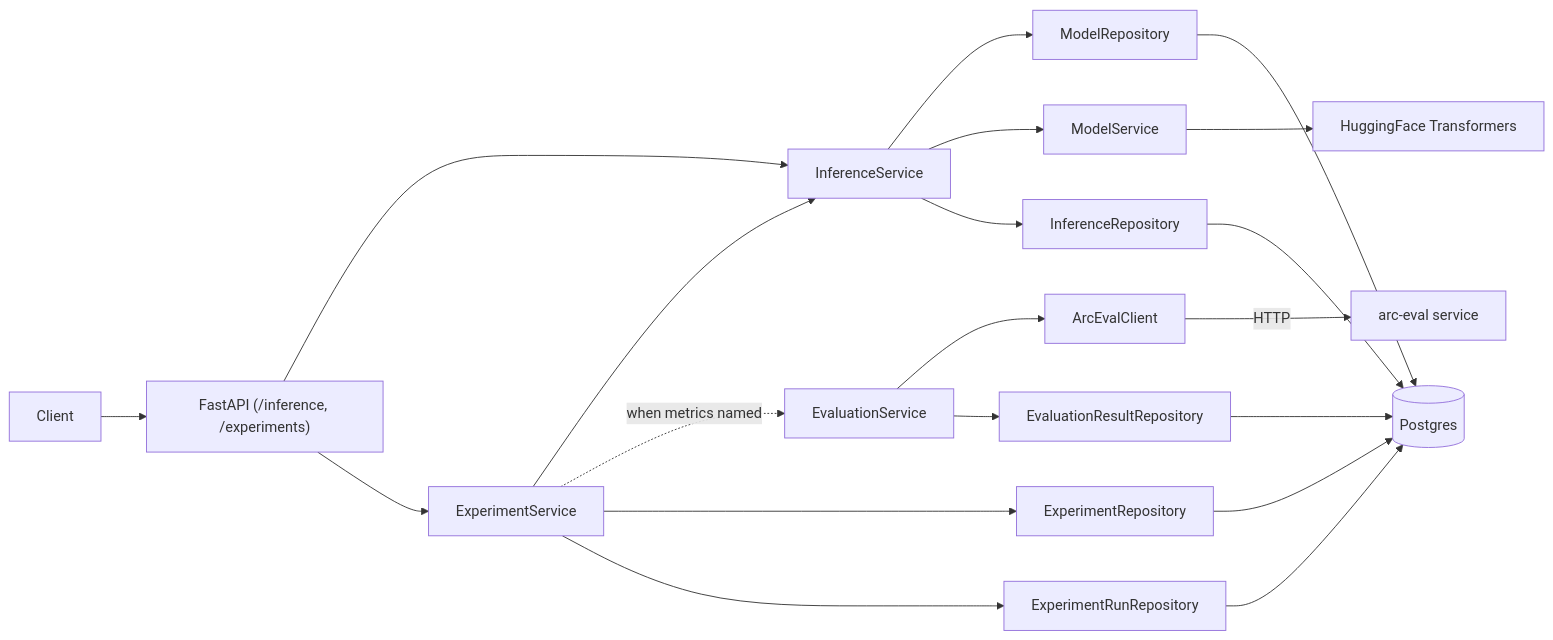
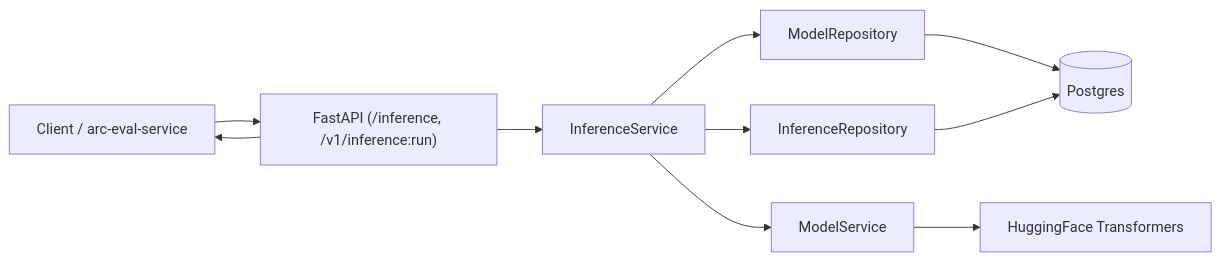
The first of 2 diagrams in docs/architecture.md (DimitarAtanassov/arc-model-lab), drawn with Mermaid before and after one commit. The commit also changed other lines of this file and 3 other files, not shown here.

````diff
--- a/docs/architecture.md
+++ b/docs/architecture.md
@@ -44,26 +47,14 @@
 ```mermaid
 flowchart LR
-    Client[Client] --> API["FastAPI (/inference, /experiments)"]
+    Client[Client / arc-eval-service] --> API["FastAPI (/inference, /v1/inference:run)"]
 
     API --> Inf[InferenceService]
-    API --> Exp[ExperimentService]
-    Exp --> Inf
-    Exp -. "when metrics named" .-> Eval[EvaluationService]
-    Exp --> ExpRepo[ExperimentRepository]
-    Exp --> RunRepo[ExperimentRunRepository]
-
     Inf --> Models[ModelRepository]
     Inf --> MS[ModelService]
     MS --> HF[HuggingFace Transformers]
     Inf --> InfRepo[InferenceRepository]
 
-    Eval --> AEC[ArcEvalClient]
-    AEC -->|HTTP| ArcEval[arc-eval service]
-    Eval --> EvalRepo[EvaluationResultRepository]
-
     Models --> DB[(Postgres)]
     InfRepo --> DB
-    EvalRepo --> DB
-    ExpRepo --> DB
-    RunRepo --> DB
+    API --> Client
 ```
````
